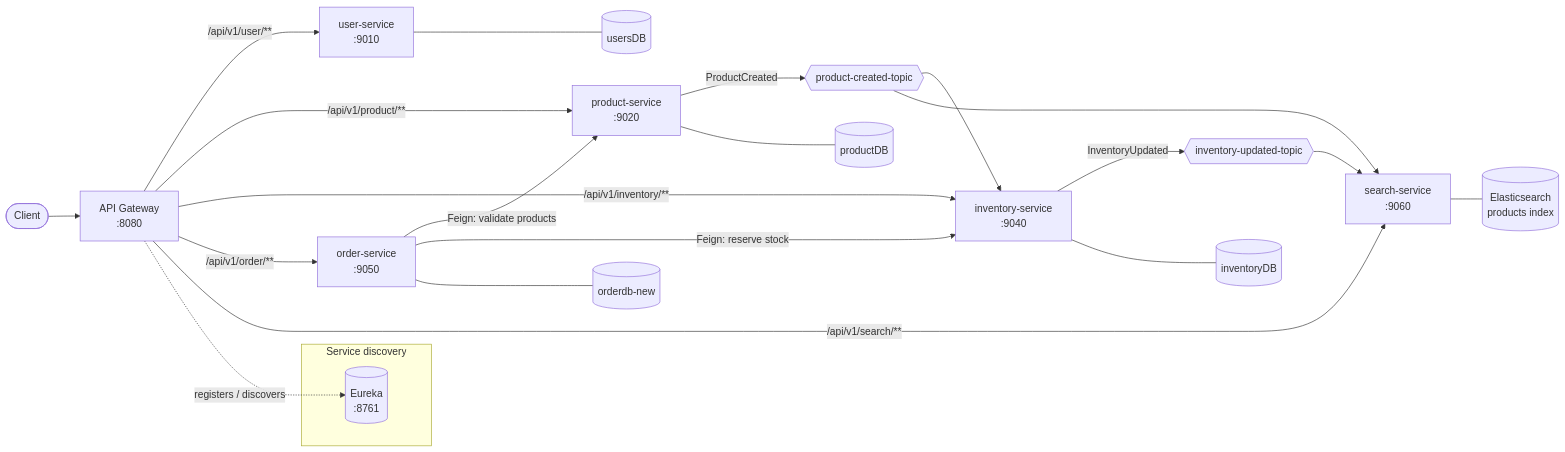
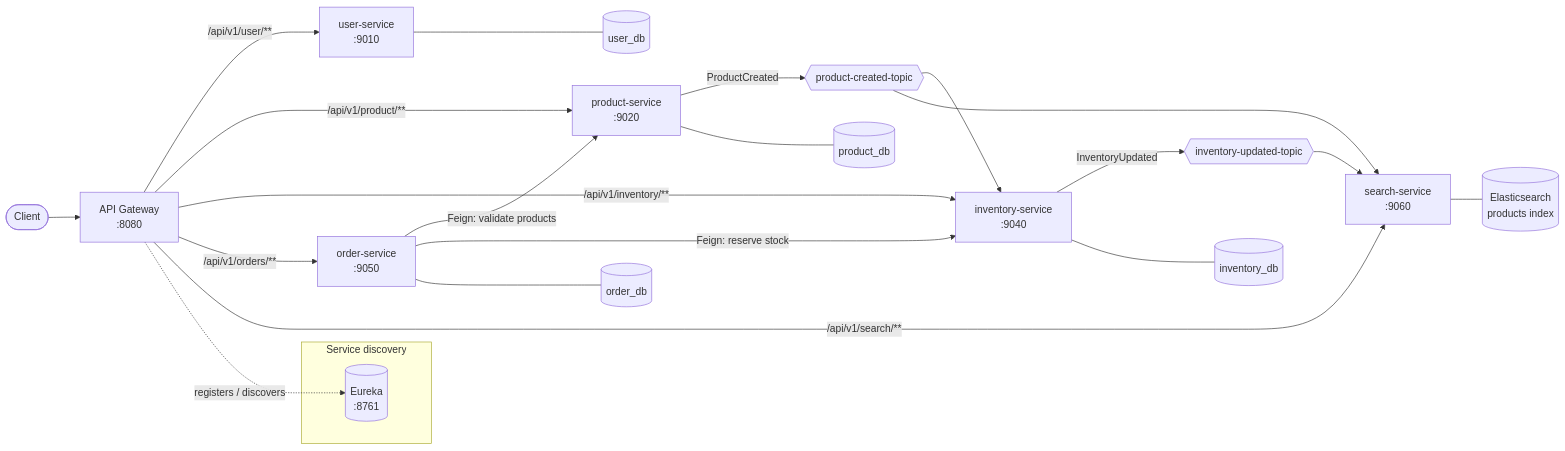
Before and after one commit to Arshpreet-Singh0/spring-ecommerce-microservices: the first of 2 diagrams in README.md, drawn with Mermaid. The commit also changed other lines of this file and 26 other files, not shown here.

````diff
--- a/README.md
+++ b/README.md
@@ -11,31 +11,31 @@
 ```mermaid
 flowchart LR
     client([Client]) --> gw[API Gateway<br/>:8080]
 
     subgraph discovery[Service discovery]
         eureka[(Eureka<br/>:8761)]
     end
 
     gw -->|/api/v1/user/**| user[user-service<br/>:9010]
     gw -->|/api/v1/product/**| product[product-service<br/>:9020]
     gw -->|/api/v1/inventory/**| inventory[inventory-service<br/>:9040]
-    gw -->|/api/v1/order/**| order[order-service<br/>:9050]
+    gw -->|/api/v1/orders/**| order[order-service<br/>:9050]
     gw -->|/api/v1/search/**| search[search-service<br/>:9060]
 
     order -- Feign: validate products --> product
     order -- Feign: reserve stock --> inventory
 
     product -- ProductCreated --> k1{{product-created-topic}}
     k1 --> inventory
     k1 --> search
     inventory -- InventoryUpdated --> k2{{inventory-updated-topic}}
     k2 --> search
 
-    user --- udb[(usersDB)]
-    product --- pdb[(productDB)]
-    inventory --- idb[(inventoryDB)]
-    order --- odb[(orderdb-new)]
+    user --- udb[(user_db)]
+    product --- pdb[(product_db)]
+    inventory --- idb[(inventory_db)]
+    order --- odb[(order_db)]
     search --- es[(Elasticsearch<br/>products index)]
 
     gw -. registers / discovers .-> eureka
 ```
````
